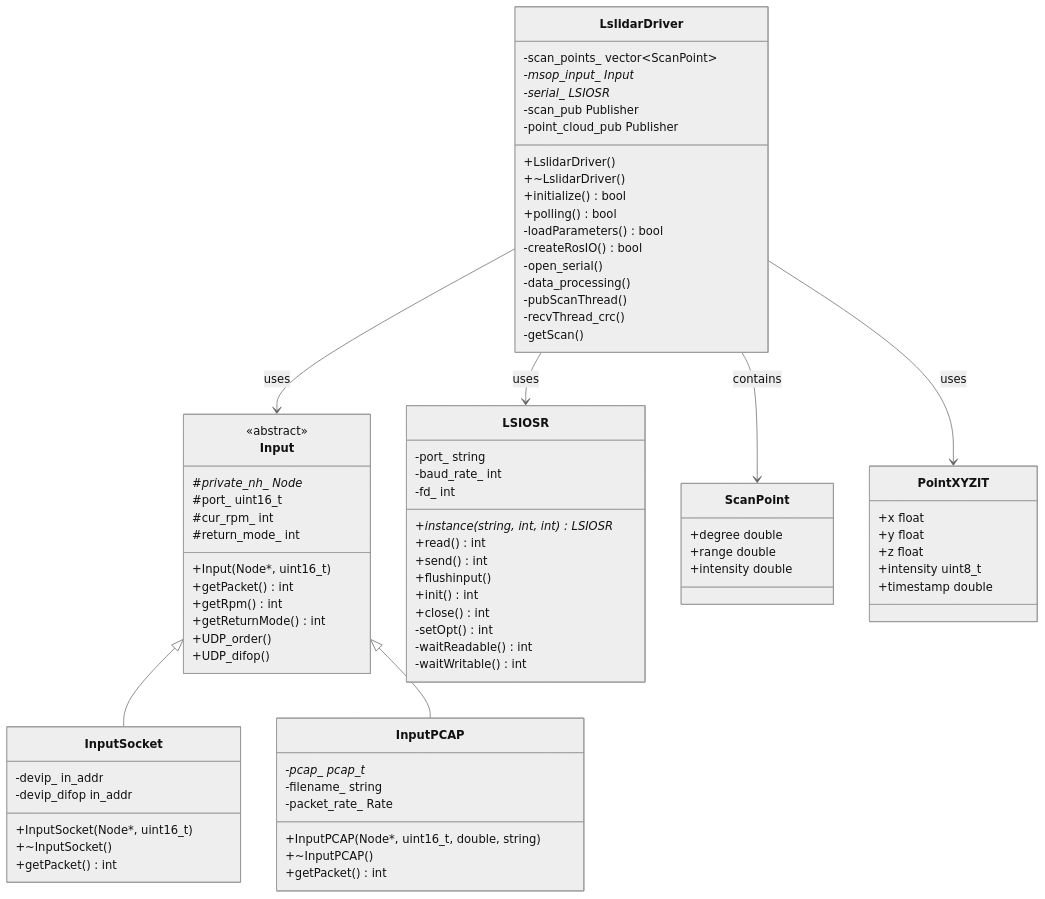
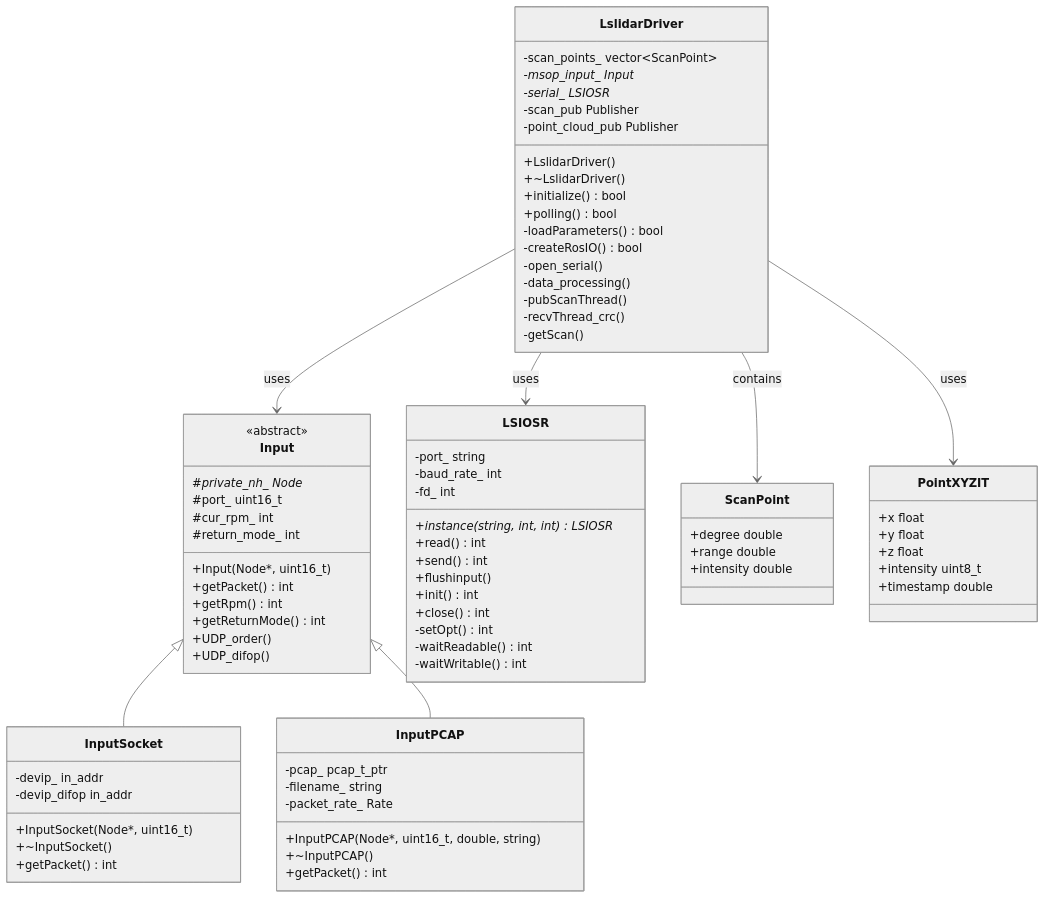
The fourth of 15 diagrams in docs/architecture.md (declue/Lslidar_ROS2_driver), drawn with Mermaid (neutral theme) before and after one commit. The commit also changed 3 other files, not shown here.

First line of the commit message:
fix: Mermaid 다이어그램 렌더링 오류 수정

```diff
--- a/docs/architecture.md
+++ b/docs/architecture.md
@@ -130,7 +130,7 @@
         -pubScanThread()
         -recvThread_crc()
         -getScan()
-        -scan_points_ vector~ScanPoint~
+        -scan_points_ vector&lt;ScanPoint&gt;
         -msop_input_ Input*
         -serial_ LSIOSR*
         -scan_pub Publisher
@@ -163,7 +163,7 @@
         +InputPCAP(Node*, uint16_t, double, string)
         +~InputPCAP()
         +getPacket() int
-        -pcap_ pcap_t*
+        -pcap_ pcap_t_ptr
         -filename_ string
         -packet_rate_ Rate
     }
```
